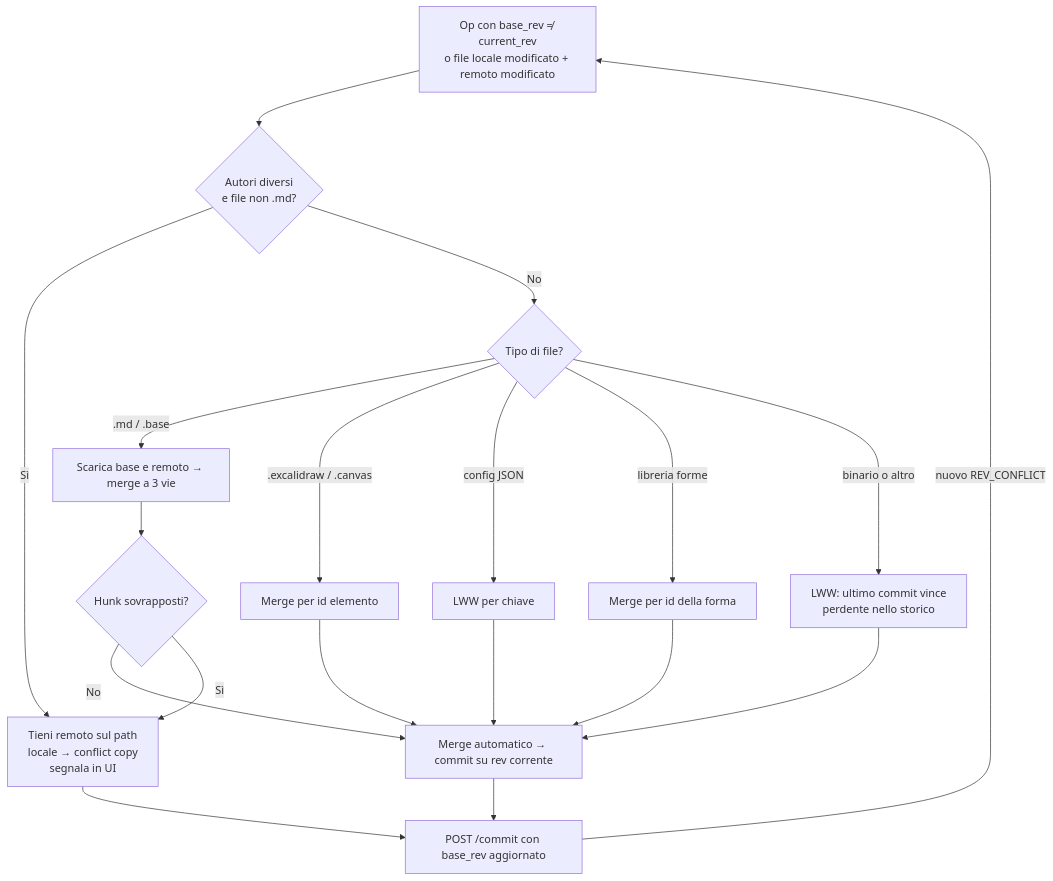
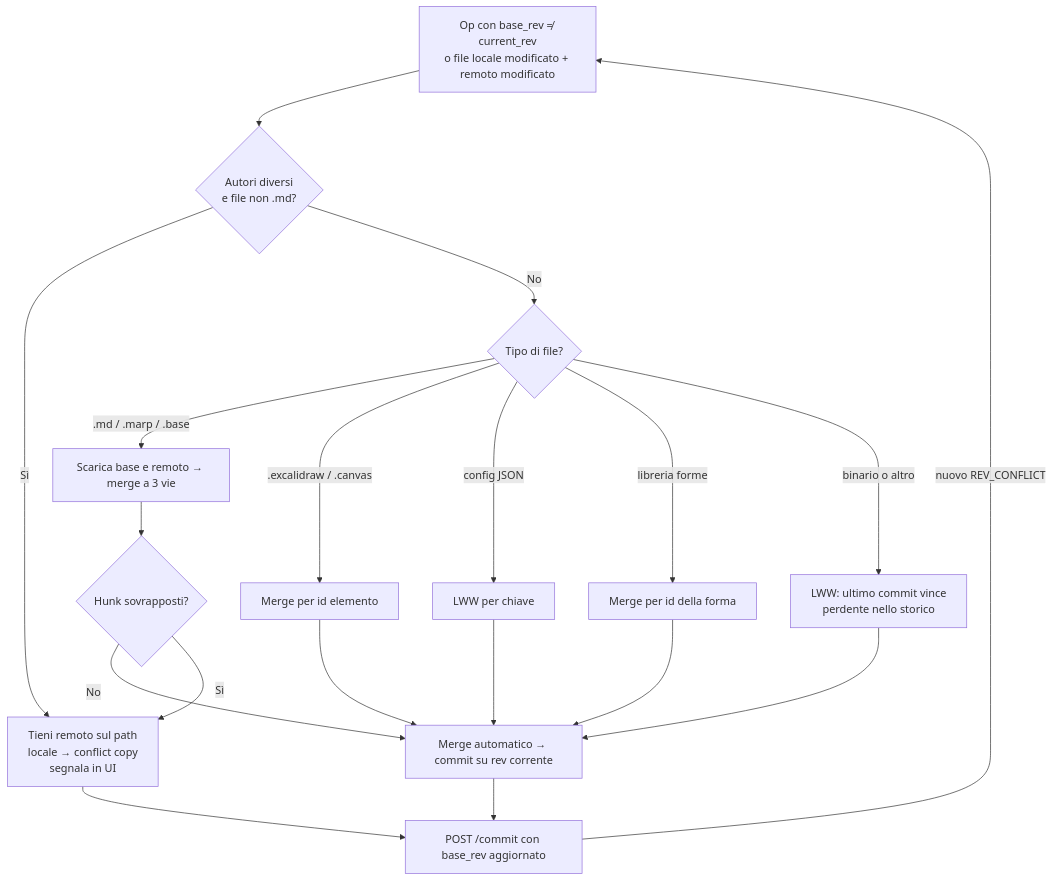
One commit to E2BRAdvisory/Clarae changed the fifth of 5 diagrams in Specifications.md. Above: the diagram before and after it, drawn with Mermaid. The commit also changed other lines of this file and 10 other files, not shown here.

````diff
--- a/Specifications.md
+++ b/Specifications.md
@@ -1206,21 +1220,21 @@
 ```mermaid
 flowchart TD
   A["Op con base_rev ≠ current_rev<br/>o file locale modificato + remoto modificato"] --> A2{"Autori diversi<br/>e file non .md?"}
   A2 -->|"Sì"| I
   A2 -->|"No"| B{"Tipo di file?"}
-  B -->|".md / .base"| C["Scarica base e remoto → merge a 3 vie"]
+  B -->|".md / .marp / .base"| C["Scarica base e remoto → merge a 3 vie"]
   B -->|".excalidraw / .canvas"| D["Merge per id elemento"]
   B -->|"config JSON"| E["LWW per chiave"]
   B -->|"libreria forme"| E2["Merge per id della forma"]
   B -->|"binario o altro"| F["LWW: ultimo commit vince<br/>perdente nello storico"]
   C --> G{"Hunk sovrapposti?"}
   G -->|No| H["Merge automatico → commit su rev corrente"]
   G -->|Sì| I["Tieni remoto sul path<br/>locale → conflict copy<br/>segnala in UI"]
   D --> H
   E --> H
   E2 --> H
   F --> H
   H --> J["POST /commit con base_rev aggiornato"]
   I --> J
   J -->|"nuovo REV_CONFLICT"| A
 ```
````
